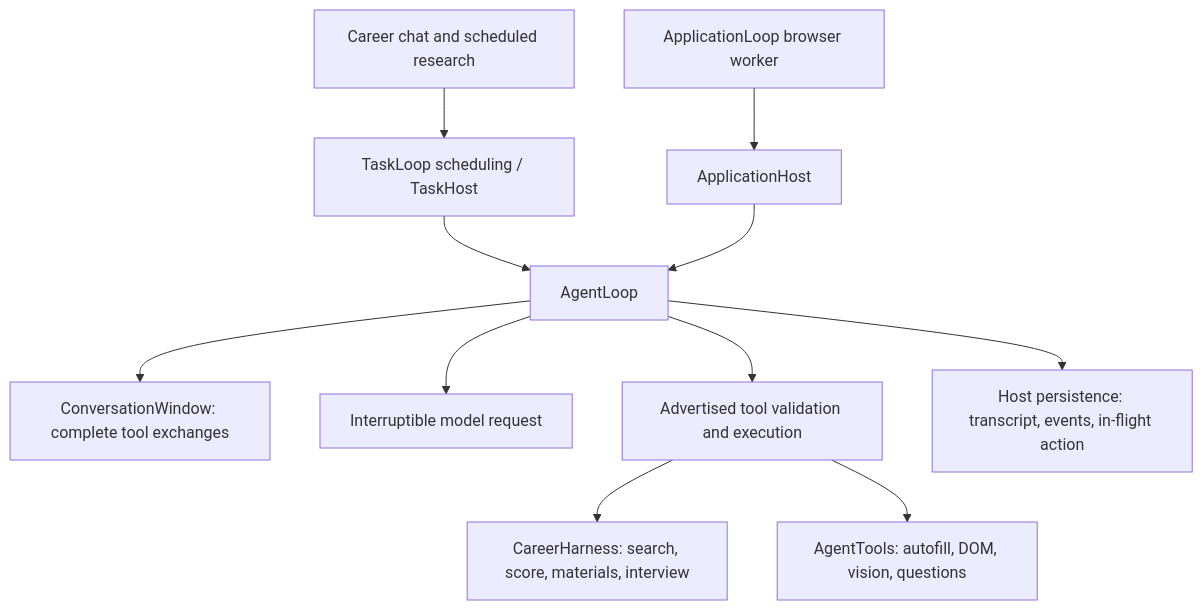
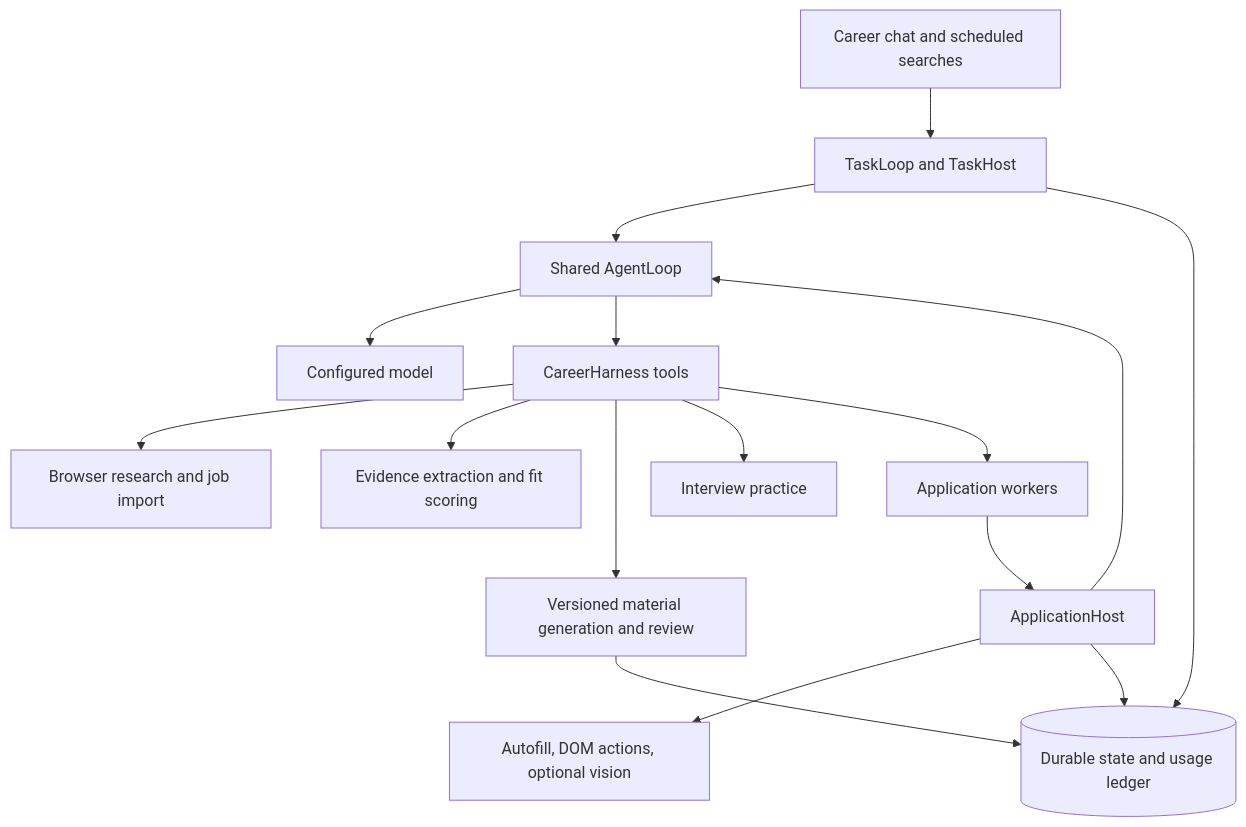
One commit to ethany14/Eregion-Agent changed the diagram in docs/agent-loop.md. Above: the diagram before and after it, drawn with Mermaid. The commit also changed other lines of this file and 12 other files, not shown here.

````diff
--- a/docs/agent-loop.md
+++ b/docs/agent-loop.md
@@ -8,13 +12,18 @@
 ```mermaid
 flowchart TD
-  Chat[Career chat and scheduled research] --> Task[TaskLoop scheduling / TaskHost]
-  Apply[ApplicationLoop browser worker] --> App[ApplicationHost]
-  Task --> Core[AgentLoop]
-  App --> Core
-  Core --> Context[ConversationWindow: complete tool exchanges]
-  Core --> Model[Interruptible model request]
-  Core --> Tools[Advertised tool validation and execution]
-  Tools --> Career[CareerHarness: search, score, materials, interview]
-  Tools --> Browser[AgentTools: autofill, DOM, vision, questions]
-  Core --> State[Host persistence: transcript, events, in-flight action]
+    UI[Career chat and scheduled searches] --> Task[TaskLoop and TaskHost]
+    Task --> Loop[Shared AgentLoop]
+    Loop --> Model[Configured model]
+    Loop --> Career[CareerHarness tools]
+    Career --> Search[Browser research and job import]
+    Career --> Fit[Evidence extraction and fit scoring]
+    Career --> Materials[Versioned material generation and review]
+    Career --> Interview[Interview practice]
+    Career --> Apply[Application workers]
+    Apply --> Host[ApplicationHost]
+    Host --> Loop
+    Host --> Browser[Autofill, DOM actions, optional vision]
+    Task --> DB[(Durable state and usage ledger)]
+    Host --> DB
+    Materials --> DB
 ```
````
